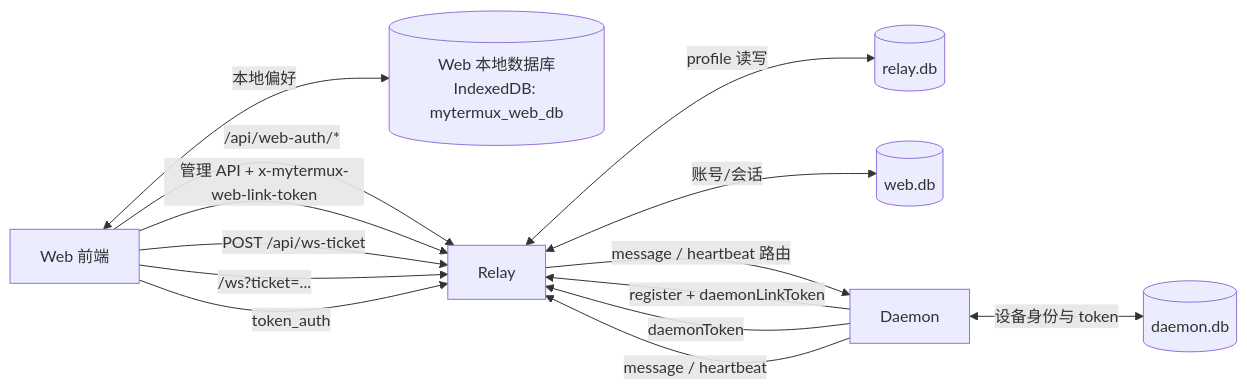
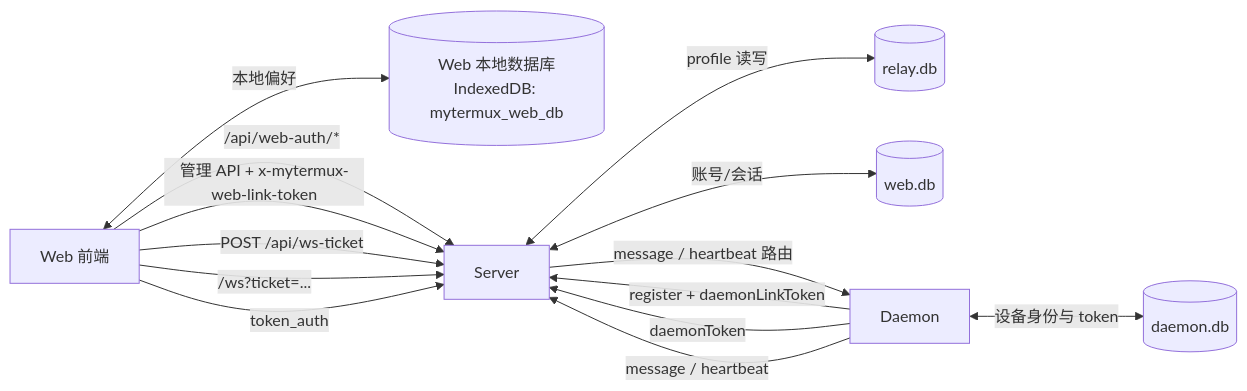
One commit to ShakaRover/MyTermux changed the first of 3 diagrams in docs/SERVICE_PROTOCOL_FLOW.md. Above: the diagram before and after it, drawn with Mermaid. The commit also changed other lines of this file and 32 other files, not shown here.

````diff
--- a/docs/SERVICE_PROTOCOL_FLOW.md
+++ b/docs/SERVICE_PROTOCOL_FLOW.md
@@ -9,25 +9,25 @@
 ```mermaid
 flowchart LR
   W[Web 前端]
   WB[(Web 本地数据库<br/>IndexedDB: mytermux_web_db)]
-  R[Relay]
+  R[Server]
   RB[(relay.db)]
   WA[(web.db)]
   D[Daemon]
   DB[(daemon.db)]
 
   W <-->|本地偏好| WB
   W -->|/api/web-auth/*| R
   R <-->|账号/会话| WA
   W -->|管理 API + x-mytermux-web-link-token| R
   R <-->|profile 读写| RB
   D -->|register + daemonLinkToken| R
   D -->|daemonToken| R
   D <-->|设备身份与 token| DB
 
   W -->|POST /api/ws-ticket| R
   W -->|/ws?ticket=...| R
   W -->|token_auth| R
   R -->|message / heartbeat 路由| D
   D -->|message / heartbeat| R
 ```
````
